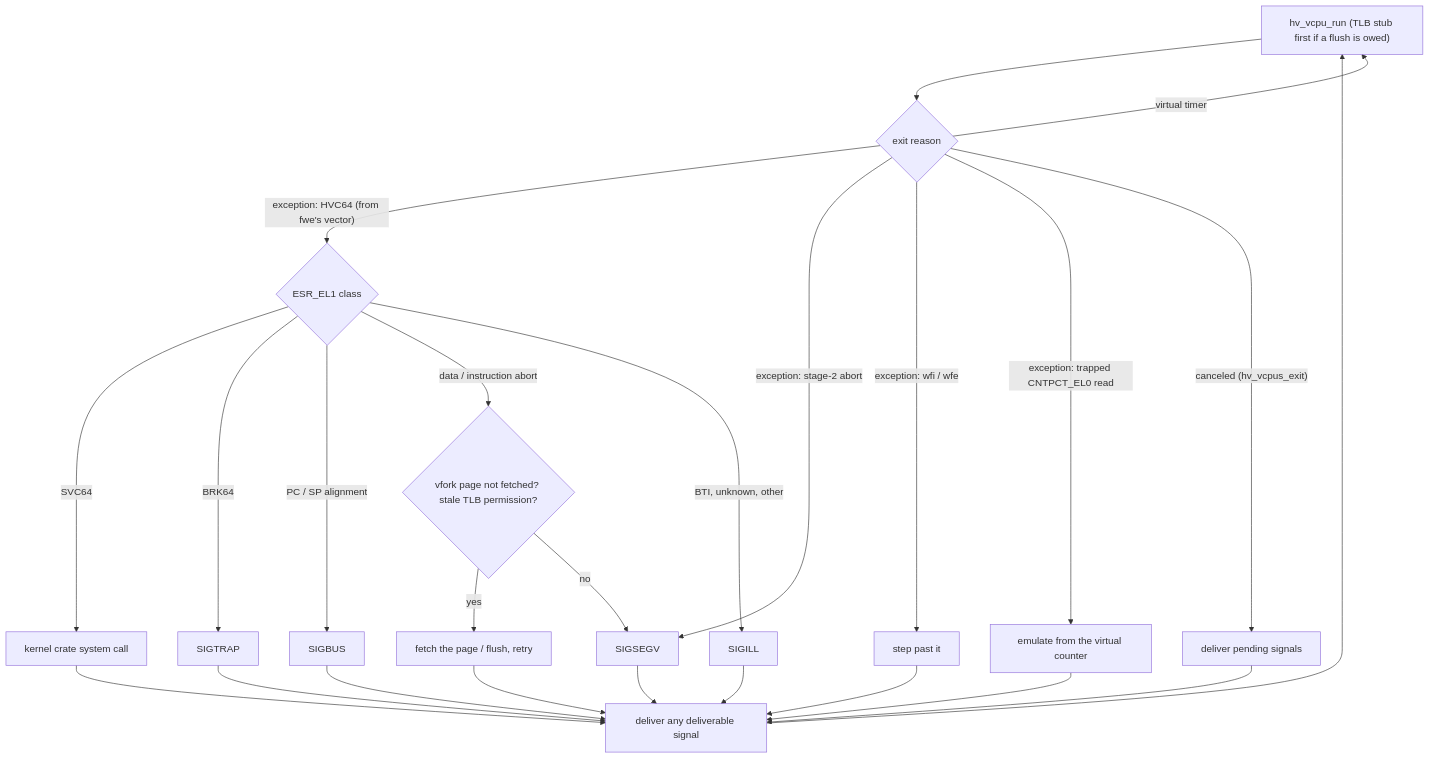
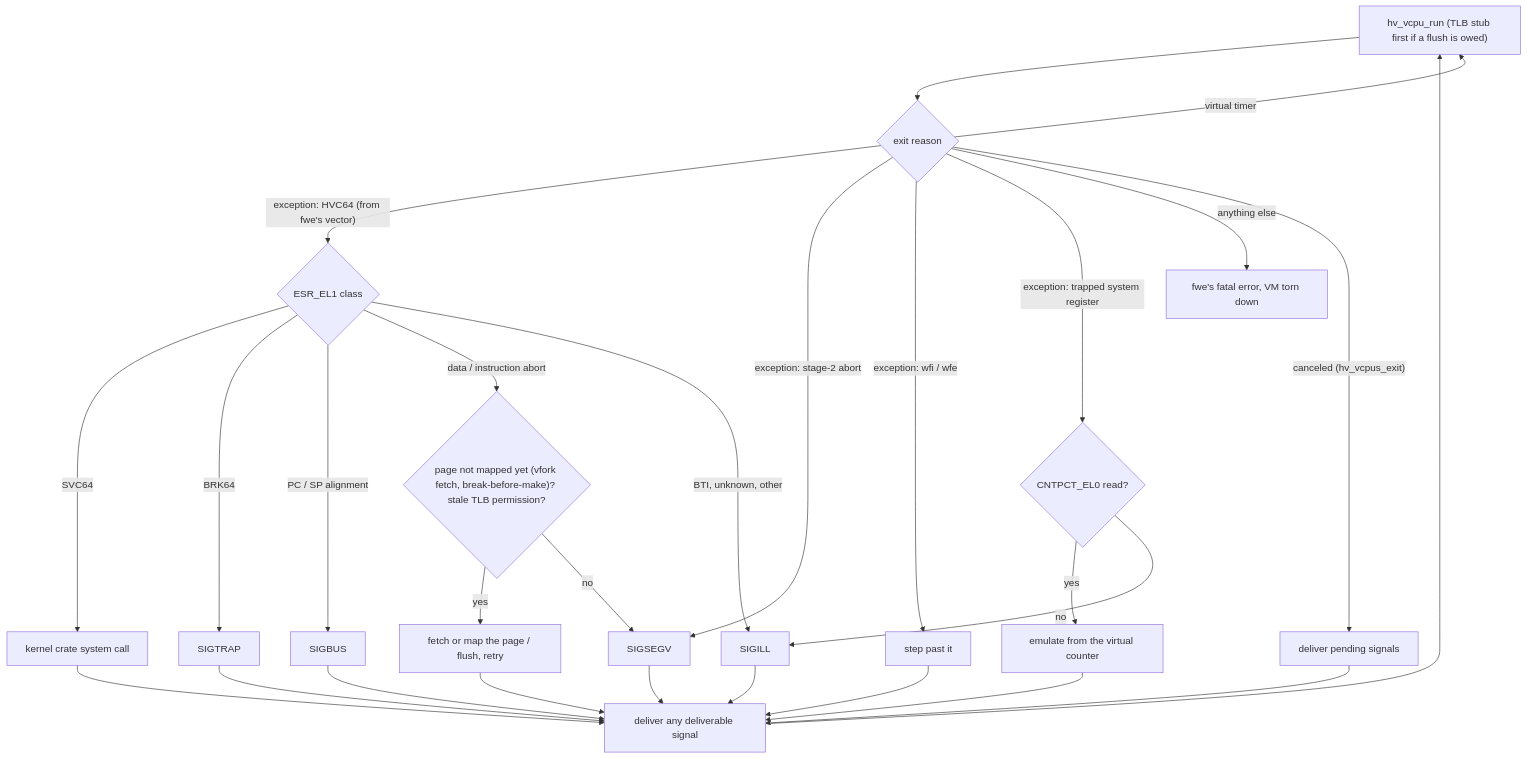
Before and after one commit to e6qu/fun-with-emulators: the diagram in docs/hypervisor.md, drawn with Mermaid. The commit also changed other lines of this file, not shown here.

````diff
--- a/docs/hypervisor.md
+++ b/docs/hypervisor.md
@@ -70,27 +70,30 @@
 ```mermaid
 flowchart TD
     run["hv_vcpu_run (TLB stub first if a flush is owed)"] --> why{"exit reason"}
     why -- "exception: HVC64 (from fwe's vector)" --> esr{"ESR_EL1 class"}
     esr -- "SVC64" --> sys["kernel crate system call"]
     esr -- "BRK64" --> trap["SIGTRAP"]
     esr -- "PC / SP alignment" --> bus["SIGBUS"]
-    esr -- "data / instruction abort" --> abort{"vfork page not fetched? stale TLB permission?"}
-    abort -- yes --> retry["fetch the page / flush, retry"]
+    esr -- "data / instruction abort" --> abort{"page not mapped yet (vfork fetch, break-before-make)? stale TLB permission?"}
+    abort -- yes --> retry["fetch or map the page / flush, retry"]
     abort -- no --> segv["SIGSEGV"]
     esr -- "BTI, unknown, other" --> ill["SIGILL"]
     why -- "exception: stage-2 abort" --> segv
     why -- "exception: wfi / wfe" --> next["step past it"]
-    why -- "exception: trapped CNTPCT_EL0 read" --> cnt["emulate from the virtual counter"]
+    why -- "exception: trapped system register" --> sr{"CNTPCT_EL0 read?"}
+    sr -- yes --> cnt["emulate from the virtual counter"]
+    sr -- no --> ill
+    why -- "anything else" --> fatal["fwe's fatal error, VM torn down"]
     why -- "canceled (hv_vcpus_exit)" --> sig["deliver pending signals"]
     why -- "virtual timer" --> run
     sys --> deliver["deliver any deliverable signal"]
     trap --> deliver
     bus --> deliver
     segv --> deliver
     ill --> deliver
     retry --> deliver
     next --> deliver
     cnt --> deliver
     sig --> deliver
     deliver --> run
 ```
````
